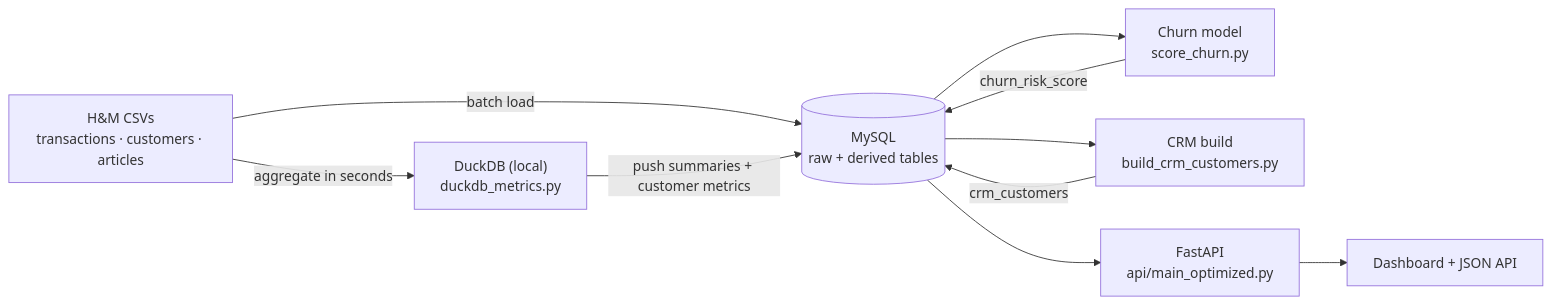
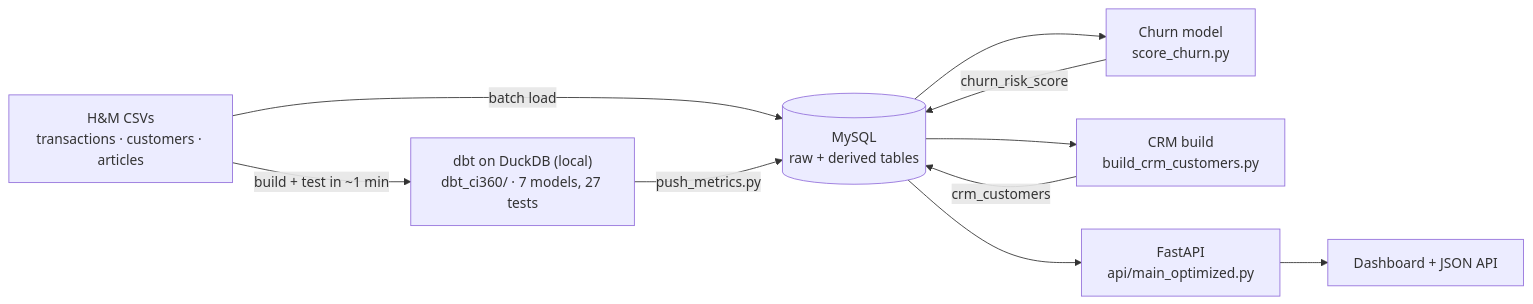
The first of 2 diagrams in README.md (Takudzwa604/CI360), drawn with Mermaid before and after one commit. The commit also changed other lines of this file and 25 other files, not shown here.

First line of the commit message:
Add dbt project as the analytics build step

````diff
--- a/README.md
+++ b/README.md
@@ -94,17 +95,17 @@
 ```mermaid
 flowchart LR
     CSV["H&M CSVs<br/>transactions · customers · articles"]
-    DUCK["DuckDB (local)<br/>duckdb_metrics.py"]
+    DBT["dbt on DuckDB (local)<br/>dbt_ci360/ · 7 models, 27 tests"]
     MYSQL[("MySQL<br/>raw + derived tables")]
     CHURN["Churn model<br/>score_churn.py"]
     CRM["CRM build<br/>build_crm_customers.py"]
     API["FastAPI<br/>api/main_optimized.py"]
     UI["Dashboard + JSON API"]
 
     CSV -->|batch load| MYSQL
-    CSV -->|aggregate in seconds| DUCK
-    DUCK -->|push summaries + customer metrics| MYSQL
+    CSV -->|build + test in ~1 min| DBT
+    DBT -->|push_metrics.py| MYSQL
     MYSQL --> CHURN -->|churn_risk_score| MYSQL
     MYSQL --> CRM -->|crm_customers| MYSQL
     MYSQL --> API --> UI
 ```
````
